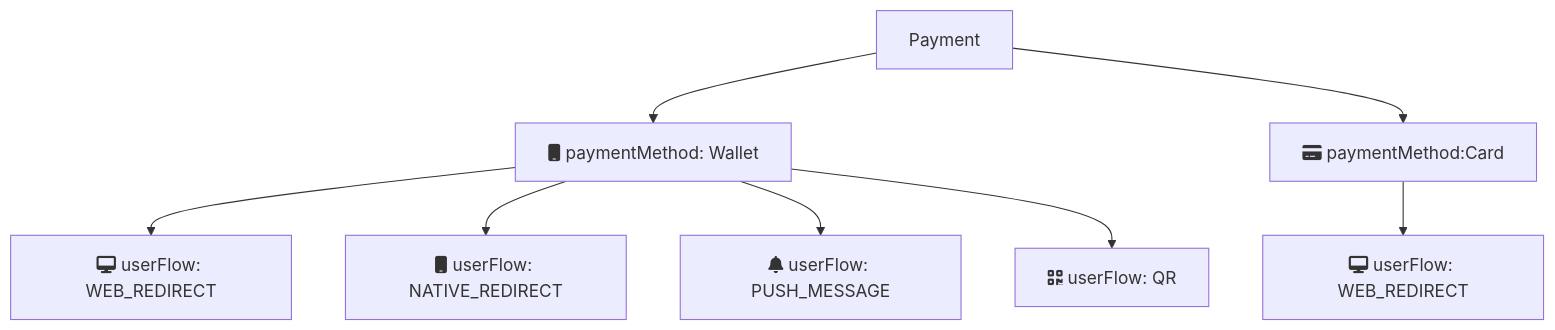
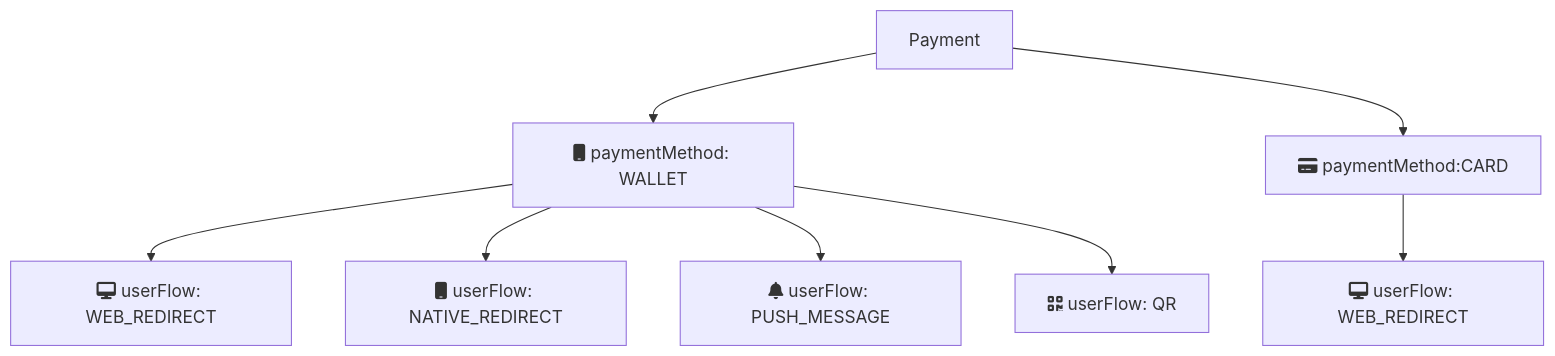
Before and after one commit to vippsas/vipps-epayment-api: the diagram in operations/create.md, drawn with Mermaid. The commit also changed other lines of this file and 17 other files, not shown here.

````diff
--- a/operations/create.md
+++ b/operations/create.md
@@ -16,10 +16,10 @@
 ```mermaid
 flowchart TD
-    Payment --> Wallet[fa:fa-mobile paymentMethod: Wallet]
+    Payment --> Wallet[fa:fa-mobile paymentMethod: WALLET]
     Wallet --> WEB_REDIRECT[fa:fa-desktop userFlow: WEB_REDIRECT]
     Wallet --> NATIVE_REDIRECT[fa:fa-mobile userFlow: NATIVE_REDIRECT]
     Wallet --> PUSH_MESSAGE[fa:fa-bell userFlow: PUSH_MESSAGE]
     Wallet --> QR[fa:fa-qrcode userFlow: QR]
-    Payment --> Card[fa:fa-credit-card paymentMethod:Card]
+    Payment --> Card[fa:fa-credit-card paymentMethod:CARD]
     Card --> CARD_WEB_REDIRECT[fa:fa-desktop userFlow: WEB_REDIRECT]
 ```
````
